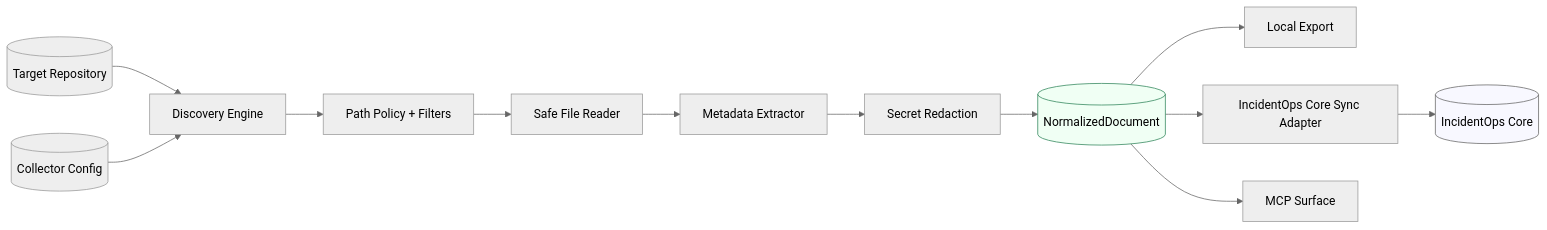
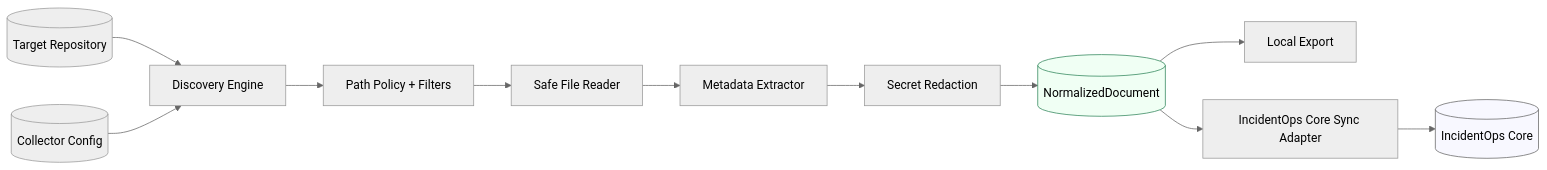
The first of 5 diagrams in docs/architecture.md (Auro-rium/Ops-Incident-Collector), drawn with Mermaid (neutral theme) before and after one commit. The commit also changed other lines of this file and 37 other files, not shown here.

````diff
--- a/docs/architecture.md
+++ b/docs/architecture.md
@@ -17,22 +17,21 @@
 ```mermaid
 flowchart LR
     Repo[(Target Repository)] --> Disc[Discovery Engine]
     Cfg[(Collector Config)] --> Disc
 
     Disc --> Filter[Path Policy + Filters]
     Filter --> Read[Safe File Reader]
     Read --> Meta[Metadata Extractor]
     Meta --> Redact[Secret Redaction]
     Redact --> ND[(NormalizedDocument)]
 
     ND --> LocalExport[Local Export]
     ND --> CoreSync[IncidentOps Core Sync Adapter]
-    ND --> MCP[MCP Surface]
 
     CoreSync --> Core[(IncidentOps Core)]
 
     classDef core fill:#f8f8ff,stroke:#666,stroke-width:1px;
     classDef data fill:#f0fff4,stroke:#2f855a,stroke-width:1px;
     class ND data;
     class Core core;
 ```
````
